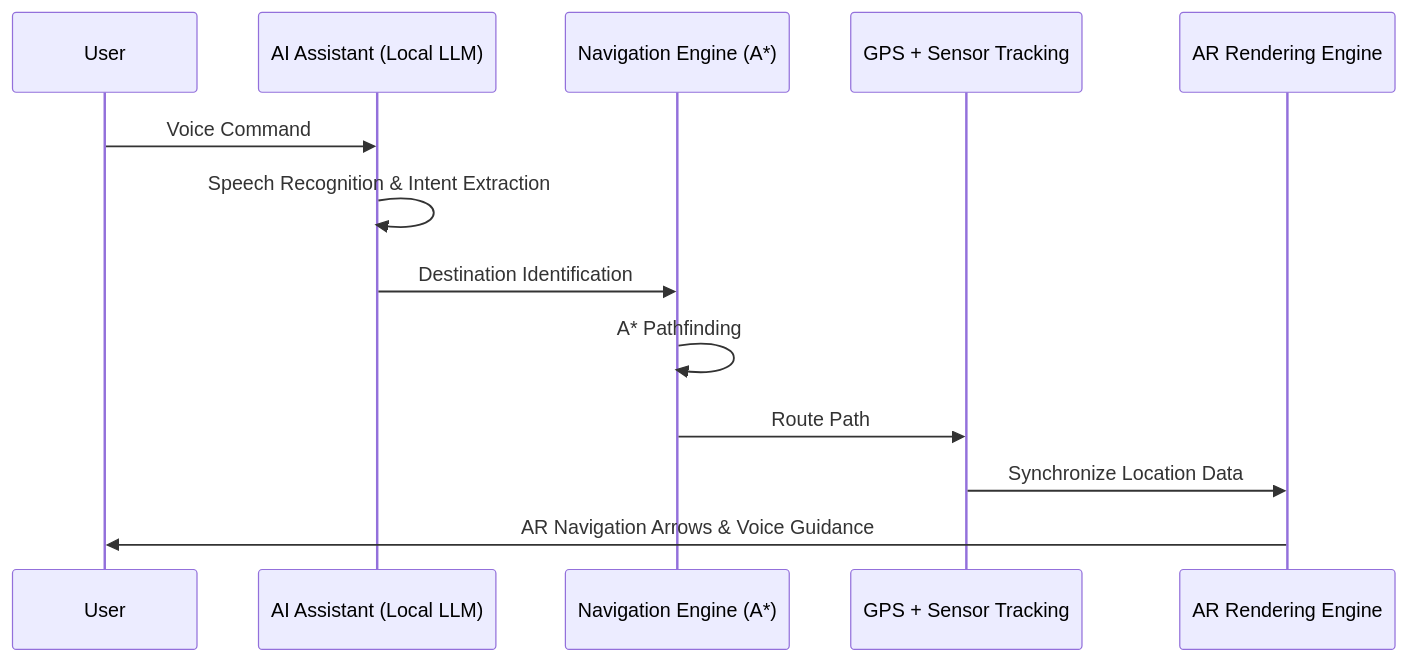
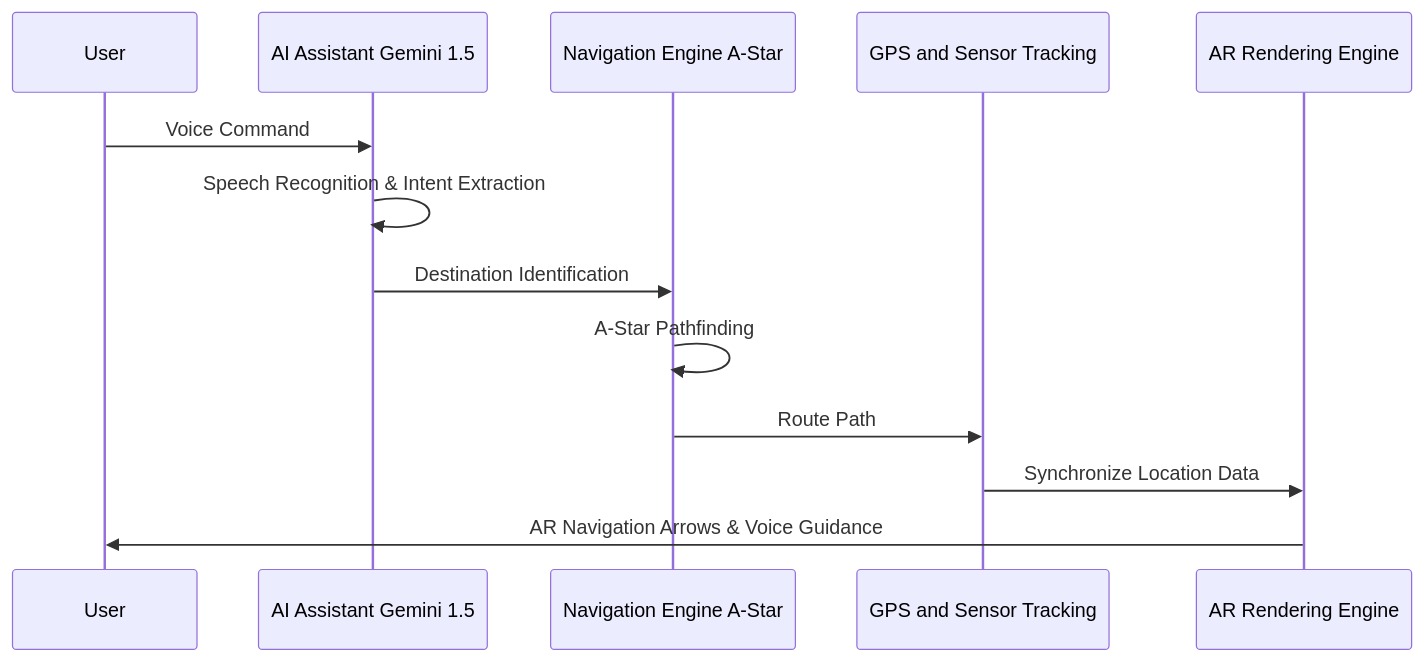
The second of 4 diagrams in README.md (shivansh-kaushik/GAMEMNNIT), drawn with Mermaid before and after one commit. The commit also changed other lines of this file and 20 other files, not shown here.

Commit message:
docs(thesis): finalize M.Tech thesis README, dynamic documentation architecture, and robust Mermaid rendering

````diff
--- a/README.md
+++ b/README.md
@@ -88,16 +89,16 @@
 ```mermaid
 sequenceDiagram
     participant User
-    participant AI as AI Assistant (Local LLM)
-    participant Nav as Navigation Engine (A*)
-    participant Sens as GPS + Sensor Tracking
+    participant AI as AI Assistant Gemini 1.5
+    participant Nav as Navigation Engine A-Star
+    participant Sens as GPS and Sensor Tracking
     participant AR as AR Rendering Engine
 
     User->>AI: Voice Command
     AI->>AI: Speech Recognition & Intent Extraction
     AI->>Nav: Destination Identification
-    Nav->>Nav: A* Pathfinding
+    Nav->>Nav: A-Star Pathfinding
     Nav->>Sens: Route Path
     Sens->>AR: Synchronize Location Data
     AR->>User: AR Navigation Arrows & Voice Guidance
 ```
````
